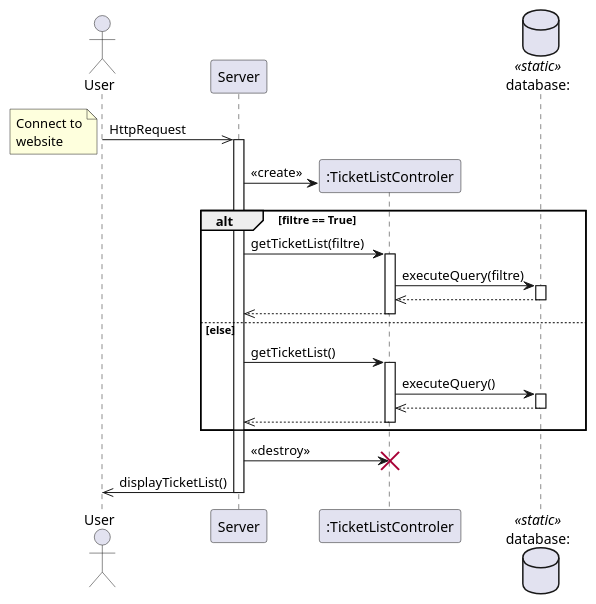
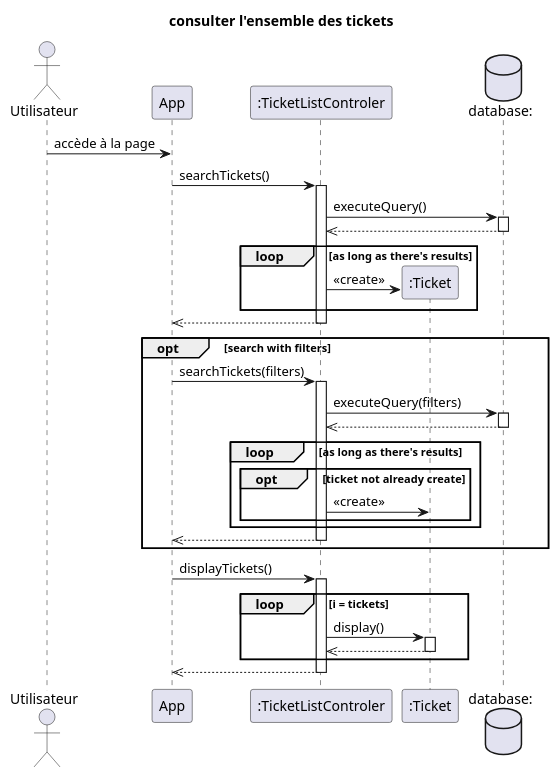
The diagram in docs/UML/consulter l'ensemble des tickets.puml (dorianleveque/CoHub), drawn with PlantUML before and after one commit.

Commit message:
update consulter l'ensemble des tickets

```diff
--- a/docs/UML/consulter l'ensemble des tickets.puml
+++ b/docs/UML/consulter l'ensemble des tickets.puml
@@ -1,41 +1,59 @@
 @startuml consulter l'ensemble des tickets
-actor client as "User" order 1 
-participant server as "Server"   order 2
-database bdd as "database:" <<static>> order 4
+title consulter l'ensemble des tickets
 
-client ->> server : HttpRequest
-note left : Connect to\nwebsite
-activate server
-create ticketListCtrl as ":TicketListControler" order 3
-server -> ticketListCtrl : <<create>>
+actor client as "Utilisateur" order 1 
+participant app as "App" order 2 
+participant tlc as ":TicketListControler" order 3
+database bdd as "database:"  order 5
 
-alt filtre == True
-    server -> ticketListCtrl : getTicketList(filtre)
-    activate ticketListCtrl
+client -> app :accède à la page 
+app -> tlc : searchTickets() 
+activate tlc
+tlc -> bdd : executeQuery()
+activate bdd
+tlc <<-- bdd
+deactivate bdd
 
-    ticketListCtrl -> bdd : executeQuery(filtre)
+loop as long as there's results
+    create ticket as ":Ticket" order 4
+    tlc -> ticket : <<create>>
+end
+app <<-- tlc
+deactivate tlc
+
+opt search with filters
+    app -> tlc : searchTickets(filters) 
+    activate tlc
+    tlc -> bdd : executeQuery(filters)
     activate bdd
-    bdd -->> ticketListCtrl
+    tlc <<-- bdd
     deactivate bdd
 
-    ticketListCtrl -->> server
-    deactivate ticketListCtrl
-else else
-    server -> ticketListCtrl : getTicketList()
-    activate ticketListCtrl
+    loop as long as there's results
+        opt ticket not already create
+            create ticket as ":Ticket" order 41
+            tlc -> ticket : <<create>>
+        end
+        
+        
+    end
+    app <<-- tlc
+    deactivate tlc
 
-    ticketListCtrl -> bdd : executeQuery()
-    activate bdd
-    bdd -->> ticketListCtrl
-    deactivate bdd
+end
 
-    ticketListCtrl -->> server
-    deactivate ticketListCtrl
+app -> tlc : displayTickets()
+activate tlc
+
+loop i = tickets
+tlc -> ticket : display()
+activate ticket
+tlc <<-- ticket: 
+deactivate ticket
 end
-server -> ticketListCtrl : <<destroy>>
-destroy ticketListCtrl
 
-server ->> client : displayTicketList()
-deactivate server
+app <<-- tlc
+deactivate tlc
+
 
 @enduml
```
